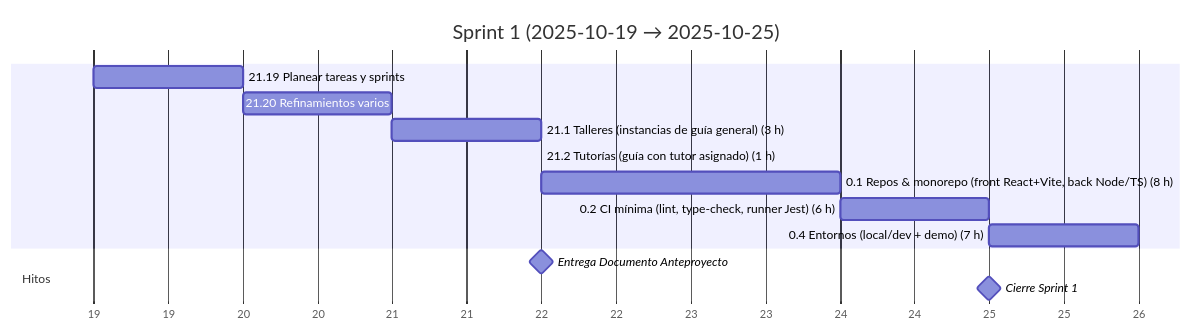
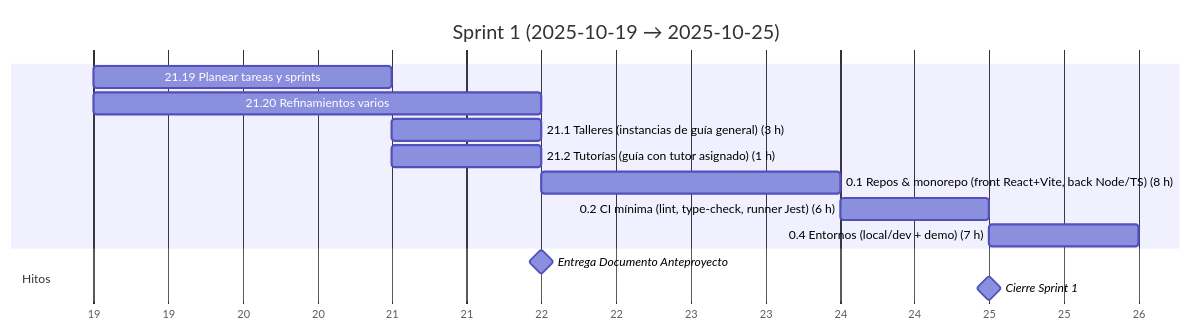
Before and after one commit to MarkMed/FleetMan: the second of 17 diagrams in docs/SprintsGantts.md, drawn with Mermaid.

Commit message:
Update task durations for Sprint #1 in Gantt chart

````diff
--- a/docs/SprintsGantts.md
+++ b/docs/SprintsGantts.md
@@ -57,20 +57,20 @@
 ```mermaid
 gantt
   title Sprint 1 (2025-10-19 → 2025-10-25)
   dateFormat  YYYY-MM-DD
   axisFormat  %d
 
   %% Asumimos 5 h/día. Horas estimadas incluidas en el nombre.
 
-  21.19 Planear tareas y sprints               :t2119, 2025-10-19, 1.3d
-  21.20 Refinamientos varios                   :t2120, after t2119, 1d
-  21.1 Talleres (instancias de guía general) (3 h) :t211, after t2120, 0.6d
-  21.2 Tutorías (guía con tutor asignado) (1 h)    :t212, after t211, 0.2d
+  21.19 Planear tareas y sprints               :t2119, 2025-10-19, 2d
+  21.20 Refinamientos varios                   :t2120, 2025-10-19, 3d
+  21.1 Talleres (instancias de guía general) (3 h) :t211, after t2119, 1d
+  21.2 Tutorías (guía con tutor asignado) (1 h)    :t212, after t2119, 1d
   0.1 Repos & monorepo (front React+Vite, back Node/TS) (8 h) :t01, after t212, 1.6d
   0.2 CI mínima (lint, type-check, runner Jest) (6 h) :t02, after t01, 1.2d
   0.4 Entornos (local/dev + demo) (7 h)        :t04, after t02, 1.4d
 
   section Hitos
   Entrega Documento Anteproyecto                :milestone, doc, 2025-10-22, 0d
   Cierre Sprint 1                              :milestone, s1, 2025-10-25, 0d
 ```
````
